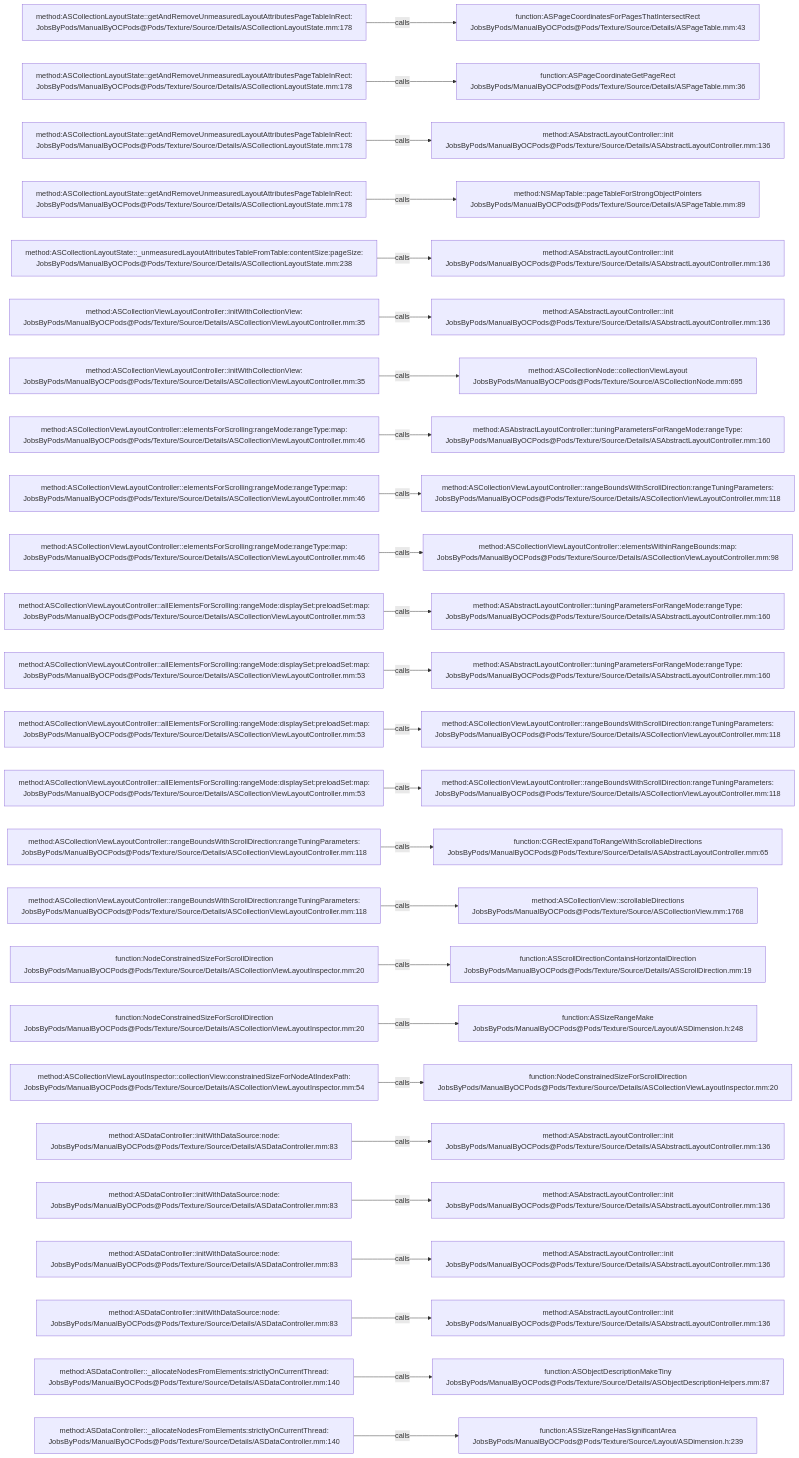
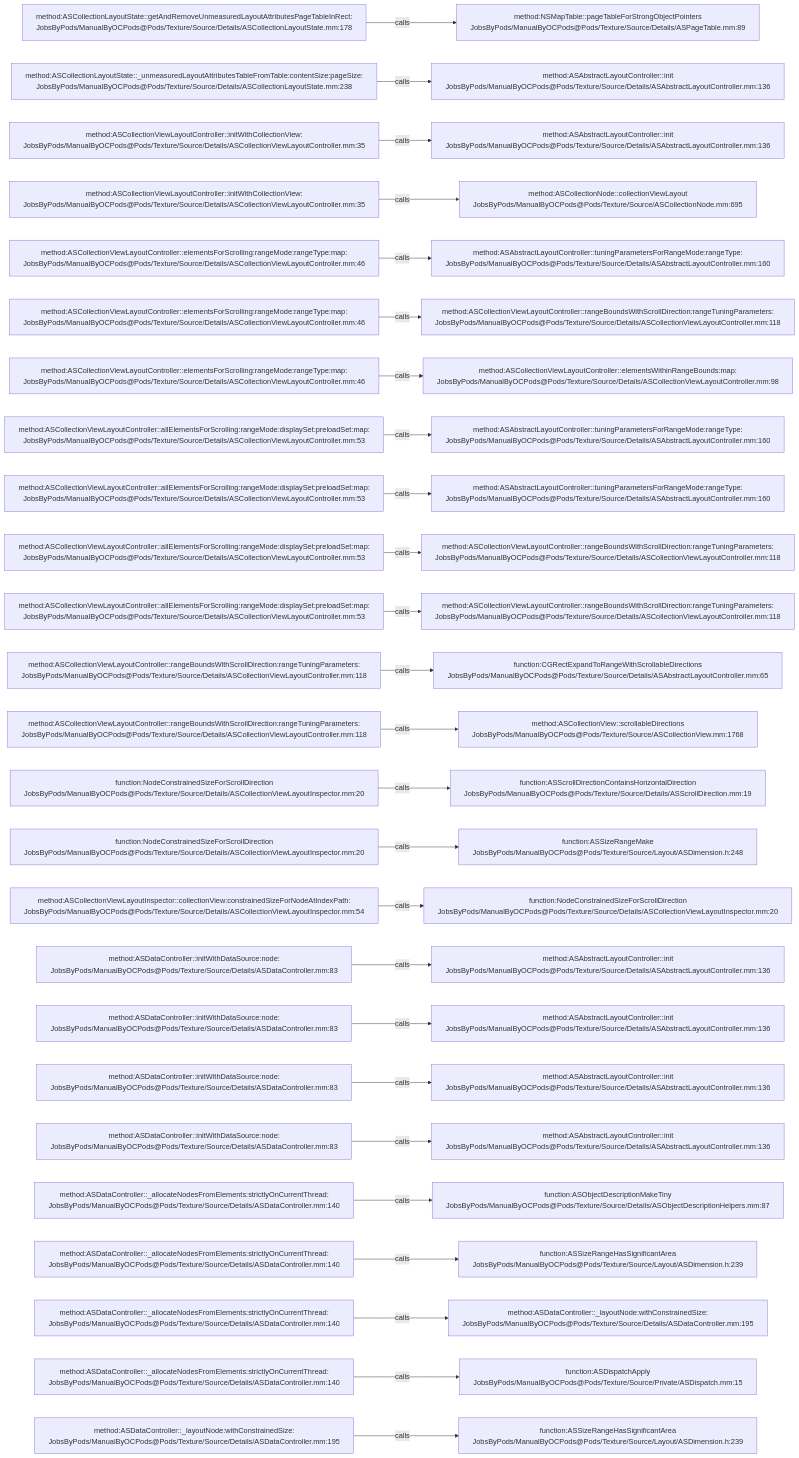
Before and after one commit to JobsKits/JobsOCBaseConfigDemo: the diagram in .codegraph/codegraph.md/graphs/calls-155.md, drawn with Mermaid. The commit also changed 342 other files, not shown here.

````diff
--- a/.codegraph/codegraph.md/graphs/calls-155.md
+++ b/.codegraph/codegraph.md/graphs/calls-155.md
@@ -13,78 +13,78 @@
 ```mermaid
 flowchart LR
   S1["method:ASCollectionLayoutState::getAndRemoveUnmeasuredLayoutAttributesPageTableInRect:<br/>JobsByPods/ManualByOCPods@Pods/Texture/Source/Details/ASCollectionLayoutState.mm:178"]
-  T1["function:ASPageCoordinatesForPagesThatIntersectRect<br/>JobsByPods/ManualByOCPods@Pods/Texture/Source/Details/ASPageTable.mm:43"]
+  T1["method:NSMapTable::pageTableForStrongObjectPointers<br/>JobsByPods/ManualByOCPods@Pods/Texture/Source/Details/ASPageTable.mm:89"]
   S1 -->|calls| T1
-  S2["method:ASCollectionLayoutState::getAndRemoveUnmeasuredLayoutAttributesPageTableInRect:<br/>JobsByPods/ManualByOCPods@Pods/Texture/Source/Details/ASCollectionLayoutState.mm:178"]
-  T2["function:ASPageCoordinateGetPageRect<br/>JobsByPods/ManualByOCPods@Pods/Texture/Source/Details/ASPageTable.mm:36"]
+  S2["method:ASCollectionLayoutState::_unmeasuredLayoutAttributesTableFromTable:contentSize:pageSize:<br/>JobsByPods/ManualByOCPods@Pods/Texture/Source/Details/ASCollectionLayoutState.mm:238"]
+  T2["method:ASAbstractLayoutController::init<br/>JobsByPods/ManualByOCPods@Pods/Texture/Source/Details/ASAbstractLayoutController.mm:136"]
   S2 -->|calls| T2
-  S3["method:ASCollectionLayoutState::getAndRemoveUnmeasuredLayoutAttributesPageTableInRect:<br/>JobsByPods/ManualByOCPods@Pods/Texture/Source/Details/ASCollectionLayoutState.mm:178"]
+  S3["method:ASCollectionViewLayoutController::initWithCollectionView:<br/>JobsByPods/ManualByOCPods@Pods/Texture/Source/Details/ASCollectionViewLayoutController.mm:35"]
   T3["method:ASAbstractLayoutController::init<br/>JobsByPods/ManualByOCPods@Pods/Texture/Source/Details/ASAbstractLayoutController.mm:136"]
   S3 -->|calls| T3
-  S4["method:ASCollectionLayoutState::getAndRemoveUnmeasuredLayoutAttributesPageTableInRect:<br/>JobsByPods/ManualByOCPods@Pods/Texture/Source/Details/ASCollectionLayoutState.mm:178"]
-  T4["method:NSMapTable::pageTableForStrongObjectPointers<br/>JobsByPods/ManualByOCPods@Pods/Texture/Source/Details/ASPageTable.mm:89"]
+  S4["method:ASCollectionViewLayoutController::initWithCollectionView:<br/>JobsByPods/ManualByOCPods@Pods/Texture/Source/Details/ASCollectionViewLayoutController.mm:35"]
+  T4["method:ASCollectionNode::collectionViewLayout<br/>JobsByPods/ManualByOCPods@Pods/Texture/Source/ASCollectionNode.mm:695"]
   S4 -->|calls| T4
-  S5["method:ASCollectionLayoutState::_unmeasuredLayoutAttributesTableFromTable:contentSize:pageSize:<br/>JobsByPods/ManualByOCPods@Pods/Texture/Source/Details/ASCollectionLayoutState.mm:238"]
-  T5["method:ASAbstractLayoutController::init<br/>JobsByPods/ManualByOCPods@Pods/Texture/Source/Details/ASAbstractLayoutController.mm:136"]
+  S5["method:ASCollectionViewLayoutController::elementsForScrolling:rangeMode:rangeType:map:<br/>JobsByPods/ManualByOCPods@Pods/Texture/Source/Details/ASCollectionViewLayoutController.mm:46"]
+  T5["method:ASAbstractLayoutController::tuningParametersForRangeMode:rangeType:<br/>JobsByPods/ManualByOCPods@Pods/Texture/Source/Details/ASAbstractLayoutController.mm:160"]
   S5 -->|calls| T5
-  S6["method:ASCollectionViewLayoutController::initWithCollectionView:<br/>JobsByPods/ManualByOCPods@Pods/Texture/Source/Details/ASCollectionViewLayoutController.mm:35"]
-  T6["method:ASAbstractLayoutController::init<br/>JobsByPods/ManualByOCPods@Pods/Texture/Source/Details/ASAbstractLayoutController.mm:136"]
+  S6["method:ASCollectionViewLayoutController::elementsForScrolling:rangeMode:rangeType:map:<br/>JobsByPods/ManualByOCPods@Pods/Texture/Source/Details/ASCollectionViewLayoutController.mm:46"]
+  T6["method:ASCollectionViewLayoutController::rangeBoundsWithScrollDirection:rangeTuningParameters:<br/>JobsByPods/ManualByOCPods@Pods/Texture/Source/Details/ASCollectionViewLayoutController.mm:118"]
   S6 -->|calls| T6
-  S7["method:ASCollectionViewLayoutController::initWithCollectionView:<br/>JobsByPods/ManualByOCPods@Pods/Texture/Source/Details/ASCollectionViewLayoutController.mm:35"]
-  T7["method:ASCollectionNode::collectionViewLayout<br/>JobsByPods/ManualByOCPods@Pods/Texture/Source/ASCollectionNode.mm:695"]
+  S7["method:ASCollectionViewLayoutController::elementsForScrolling:rangeMode:rangeType:map:<br/>JobsByPods/ManualByOCPods@Pods/Texture/Source/Details/ASCollectionViewLayoutController.mm:46"]
+  T7["method:ASCollectionViewLayoutController::elementsWithinRangeBounds:map:<br/>JobsByPods/ManualByOCPods@Pods/Texture/Source/Details/ASCollectionViewLayoutController.mm:98"]
   S7 -->|calls| T7
-  S8["method:ASCollectionViewLayoutController::elementsForScrolling:rangeMode:rangeType:map:<br/>JobsByPods/ManualByOCPods@Pods/Texture/Source/Details/ASCollectionViewLayoutController.mm:46"]
+  S8["method:ASCollectionViewLayoutController::allElementsForScrolling:rangeMode:displaySet:preloadSet:map:<br/>JobsByPods/ManualByOCPods@Pods/Texture/Source/Details/ASCollectionViewLayoutController.mm:53"]
   T8["method:ASAbstractLayoutController::tuningParametersForRangeMode:rangeType:<br/>JobsByPods/ManualByOCPods@Pods/Texture/Source/Details/ASAbstractLayoutController.mm:160"]
   S8 -->|calls| T8
-  S9["method:ASCollectionViewLayoutController::elementsForScrolling:rangeMode:rangeType:map:<br/>JobsByPods/ManualByOCPods@Pods/Texture/Source/Details/ASCollectionViewLayoutController.mm:46"]
-  T9["method:ASCollectionViewLayoutController::rangeBoundsWithScrollDirection:rangeTuningParameters:<br/>JobsByPods/ManualByOCPods@Pods/Texture/Source/Details/ASCollectionViewLayoutController.mm:118"]
+  S9["method:ASCollectionViewLayoutController::allElementsForScrolling:rangeMode:displaySet:preloadSet:map:<br/>JobsByPods/ManualByOCPods@Pods/Texture/Source/Details/ASCollectionViewLayoutController.mm:53"]
+  T9["method:ASAbstractLayoutController::tuningParametersForRangeMode:rangeType:<br/>JobsByPods/ManualByOCPods@Pods/Texture/Source/Details/ASAbstractLayoutController.mm:160"]
   S9 -->|calls| T9
-  S10["method:ASCollectionViewLayoutController::elementsForScrolling:rangeMode:rangeType:map:<br/>JobsByPods/ManualByOCPods@Pods/Texture/Source/Details/ASCollectionViewLayoutController.mm:46"]
-  T10["method:ASCollectionViewLayoutController::elementsWithinRangeBounds:map:<br/>JobsByPods/ManualByOCPods@Pods/Texture/Source/Details/ASCollectionViewLayoutController.mm:98"]
+  S10["method:ASCollectionViewLayoutController::allElementsForScrolling:rangeMode:displaySet:preloadSet:map:<br/>JobsByPods/ManualByOCPods@Pods/Texture/Source/Details/ASCollectionViewLayoutController.mm:53"]
+  T10["method:ASCollectionViewLayoutController::rangeBoundsWithScrollDirection:rangeTuningParameters:<br/>JobsByPods/ManualByOCPods@Pods/Texture/Source/Details/ASCollectionViewLayoutController.mm:118"]
   S10 -->|calls| T10
   S11["method:ASCollectionViewLayoutController::allElementsForScrolling:rangeMode:displaySet:preloadSet:map:<br/>JobsByPods/ManualByOCPods@Pods/Texture/Source/Details/ASCollectionViewLayoutController.mm:53"]
-  T11["method:ASAbstractLayoutController::tuningParametersForRangeMode:rangeType:<br/>JobsByPods/ManualByOCPods@Pods/Texture/Source/Details/ASAbstractLayoutController.mm:160"]
+  T11["method:ASCollectionViewLayoutController::rangeBoundsWithScrollDirection:rangeTuningParameters:<br/>JobsByPods/ManualByOCPods@Pods/Texture/Source/Details/ASCollectionViewLayoutController.mm:118"]
   S11 -->|calls| T11
-  S12["method:ASCollectionViewLayoutController::allElementsForScrolling:rangeMode:displaySet:preloadSet:map:<br/>JobsByPods/ManualByOCPods@Pods/Texture/Source/Details/ASCollectionViewLayoutController.mm:53"]
-  T12["method:ASAbstractLayoutController::tuningParametersForRangeMode:rangeType:<br/>JobsByPods/ManualByOCPods@Pods/Texture/Source/Details/ASAbstractLayoutController.mm:160"]
+  S12["method:ASCollectionViewLayoutController::rangeBoundsWithScrollDirection:rangeTuningParameters:<br/>JobsByPods/ManualByOCPods@Pods/Texture/Source/Details/ASCollectionViewLayoutController.mm:118"]
+  T12["function:CGRectExpandToRangeWithScrollableDirections<br/>JobsByPods/ManualByOCPods@Pods/Texture/Source/Details/ASAbstractLayoutController.mm:65"]
   S12 -->|calls| T12
-  S13["method:ASCollectionViewLayoutController::allElementsForScrolling:rangeMode:displaySet:preloadSet:map:<br/>JobsByPods/ManualByOCPods@Pods/Texture/Source/Details/ASCollectionViewLayoutController.mm:53"]
-  T13["method:ASCollectionViewLayoutController::rangeBoundsWithScrollDirection:rangeTuningParameters:<br/>JobsByPods/ManualByOCPods@Pods/Texture/Source/Details/ASCollectionViewLayoutController.mm:118"]
+  S13["method:ASCollectionViewLayoutController::rangeBoundsWithScrollDirection:rangeTuningParameters:<br/>JobsByPods/ManualByOCPods@Pods/Texture/Source/Details/ASCollectionViewLayoutController.mm:118"]
+  T13["method:ASCollectionView::scrollableDirections<br/>JobsByPods/ManualByOCPods@Pods/Texture/Source/ASCollectionView.mm:1768"]
   S13 -->|calls| T13
-  S14["method:ASCollectionViewLayoutController::allElementsForScrolling:rangeMode:displaySet:preloadSet:map:<br/>JobsByPods/ManualByOCPods@Pods/Texture/Source/Details/ASCollectionViewLayoutController.mm:53"]
-  T14["method:ASCollectionViewLayoutController::rangeBoundsWithScrollDirection:rangeTuningParameters:<br/>JobsByPods/ManualByOCPods@Pods/Texture/Source/Details/ASCollectionViewLayoutController.mm:118"]
+  S14["function:NodeConstrainedSizeForScrollDirection<br/>JobsByPods/ManualByOCPods@Pods/Texture/Source/Details/ASCollectionViewLayoutInspector.mm:20"]
+  T14["function:ASScrollDirectionContainsHorizontalDirection<br/>JobsByPods/ManualByOCPods@Pods/Texture/Source/Details/ASScrollDirection.mm:19"]
   S14 -->|calls| T14
-  S15["method:ASCollectionViewLayoutController::rangeBoundsWithScrollDirection:rangeTuningParameters:<br/>JobsByPods/ManualByOCPods@Pods/Texture/Source/Details/ASCollectionViewLayoutController.mm:118"]
-  T15["function:CGRectExpandToRangeWithScrollableDirections<br/>JobsByPods/ManualByOCPods@Pods/Texture/Source/Details/ASAbstractLayoutController.mm:65"]
+  S15["function:NodeConstrainedSizeForScrollDirection<br/>JobsByPods/ManualByOCPods@Pods/Texture/Source/Details/ASCollectionViewLayoutInspector.mm:20"]
+  T15["function:ASSizeRangeMake<br/>JobsByPods/ManualByOCPods@Pods/Texture/Source/Layout/ASDimension.h:248"]
   S15 -->|calls| T15
-  S16["method:ASCollectionViewLayoutController::rangeBoundsWithScrollDirection:rangeTuningParameters:<br/>JobsByPods/ManualByOCPods@Pods/Texture/Source/Details/ASCollectionViewLayoutController.mm:118"]
-  T16["method:ASCollectionView::scrollableDirections<br/>JobsByPods/ManualByOCPods@Pods/Texture/Source/ASCollectionView.mm:1768"]
+  S16["method:ASCollectionViewLayoutInspector::collectionView:constrainedSizeForNodeAtIndexPath:<br/>JobsByPods/ManualByOCPods@Pods/Texture/Source/Details/ASCollectionViewLayoutInspector.mm:54"]
+  T16["function:NodeConstrainedSizeForScrollDirection<br/>JobsByPods/ManualByOCPods@Pods/Texture/Source/Details/ASCollectionViewLayoutInspector.mm:20"]
   S16 -->|calls| T16
-  S17["function:NodeConstrainedSizeForScrollDirection<br/>JobsByPods/ManualByOCPods@Pods/Texture/Source/Details/ASCollectionViewLayoutInspector.mm:20"]
-  T17["function:ASScrollDirectionContainsHorizontalDirection<br/>JobsByPods/ManualByOCPods@Pods/Texture/Source/Details/ASScrollDirection.mm:19"]
+  S17["method:ASDataController::initWithDataSource:node:<br/>JobsByPods/ManualByOCPods@Pods/Texture/Source/Details/ASDataController.mm:83"]
+  T17["method:ASAbstractLayoutController::init<br/>JobsByPods/ManualByOCPods@Pods/Texture/Source/Details/ASAbstractLayoutController.mm:136"]
   S17 -->|calls| T17
-  S18["function:NodeConstrainedSizeForScrollDirection<br/>JobsByPods/ManualByOCPods@Pods/Texture/Source/Details/ASCollectionViewLayoutInspector.mm:20"]
-  T18["function:ASSizeRangeMake<br/>JobsByPods/ManualByOCPods@Pods/Texture/Source/Layout/ASDimension.h:248"]
+  S18["method:ASDataController::initWithDataSource:node:<br/>JobsByPods/ManualByOCPods@Pods/Texture/Source/Details/ASDataController.mm:83"]
+  T18["method:ASAbstractLayoutController::init<br/>JobsByPods/ManualByOCPods@Pods/Texture/Source/Details/ASAbstractLayoutController.mm:136"]
   S18 -->|calls| T18
-  S19["method:ASCollectionViewLayoutInspector::collectionView:constrainedSizeForNodeAtIndexPath:<br/>JobsByPods/ManualByOCPods@Pods/Texture/Source/Details/ASCollectionViewLayoutInspector.mm:54"]
-  T19["function:NodeConstrainedSizeForScrollDirection<br/>JobsByPods/ManualByOCPods@Pods/Texture/Source/Details/ASCollectionViewLayoutInspector.mm:20"]
+  S19["method:ASDataController::initWithDataSource:node:<br/>JobsByPods/ManualByOCPods@Pods/Texture/Source/Details/ASDataController.mm:83"]
+  T19["method:ASAbstractLayoutController::init<br/>JobsByPods/ManualByOCPods@Pods/Texture/Source/Details/ASAbstractLayoutController.mm:136"]
   S19 -->|calls| T19
   S20["method:ASDataController::initWithDataSource:node:<br/>JobsByPods/ManualByOCPods@Pods/Texture/Source/Details/ASDataController.mm:83"]
   T20["method:ASAbstractLayoutController::init<br/>JobsByPods/ManualByOCPods@Pods/Texture/Source/Details/ASAbstractLayoutController.mm:136"]
   S20 -->|calls| T20
-  S21["method:ASDataController::initWithDataSource:node:<br/>JobsByPods/ManualByOCPods@Pods/Texture/Source/Details/ASDataController.mm:83"]
-  T21["method:ASAbstractLayoutController::init<br/>JobsByPods/ManualByOCPods@Pods/Texture/Source/Details/ASAbstractLayoutController.mm:136"]
+  S21["method:ASDataController::_allocateNodesFromElements:strictlyOnCurrentThread:<br/>JobsByPods/ManualByOCPods@Pods/Texture/Source/Details/ASDataController.mm:140"]
+  T21["function:ASObjectDescriptionMakeTiny<br/>JobsByPods/ManualByOCPods@Pods/Texture/Source/Details/ASObjectDescriptionHelpers.mm:87"]
   S21 -->|calls| T21
-  S22["method:ASDataController::initWithDataSource:node:<br/>JobsByPods/ManualByOCPods@Pods/Texture/Source/Details/ASDataController.mm:83"]
-  T22["method:ASAbstractLayoutController::init<br/>JobsByPods/ManualByOCPods@Pods/Texture/Source/Details/ASAbstractLayoutController.mm:136"]
+  S22["method:ASDataController::_allocateNodesFromElements:strictlyOnCurrentThread:<br/>JobsByPods/ManualByOCPods@Pods/Texture/Source/Details/ASDataController.mm:140"]
+  T22["function:ASSizeRangeHasSignificantArea<br/>JobsByPods/ManualByOCPods@Pods/Texture/Source/Layout/ASDimension.h:239"]
   S22 -->|calls| T22
-  S23["method:ASDataController::initWithDataSource:node:<br/>JobsByPods/ManualByOCPods@Pods/Texture/Source/Details/ASDataController.mm:83"]
-  T23["method:ASAbstractLayoutController::init<br/>JobsByPods/ManualByOCPods@Pods/Texture/Source/Details/ASAbstractLayoutController.mm:136"]
+  S23["method:ASDataController::_allocateNodesFromElements:strictlyOnCurrentThread:<br/>JobsByPods/ManualByOCPods@Pods/Texture/Source/Details/ASDataController.mm:140"]
+  T23["method:ASDataController::_layoutNode:withConstrainedSize:<br/>JobsByPods/ManualByOCPods@Pods/Texture/Source/Details/ASDataController.mm:195"]
   S23 -->|calls| T23
   S24["method:ASDataController::_allocateNodesFromElements:strictlyOnCurrentThread:<br/>JobsByPods/ManualByOCPods@Pods/Texture/Source/Details/ASDataController.mm:140"]
-  T24["function:ASObjectDescriptionMakeTiny<br/>JobsByPods/ManualByOCPods@Pods/Texture/Source/Details/ASObjectDescriptionHelpers.mm:87"]
+  T24["function:ASDispatchApply<br/>JobsByPods/ManualByOCPods@Pods/Texture/Source/Private/ASDispatch.mm:15"]
   S24 -->|calls| T24
-  S25["method:ASDataController::_allocateNodesFromElements:strictlyOnCurrentThread:<br/>JobsByPods/ManualByOCPods@Pods/Texture/Source/Details/ASDataController.mm:140"]
+  S25["method:ASDataController::_layoutNode:withConstrainedSize:<br/>JobsByPods/ManualByOCPods@Pods/Texture/Source/Details/ASDataController.mm:195"]
   T25["function:ASSizeRangeHasSignificantArea<br/>JobsByPods/ManualByOCPods@Pods/Texture/Source/Layout/ASDimension.h:239"]
   S25 -->|calls| T25
 ```
````
